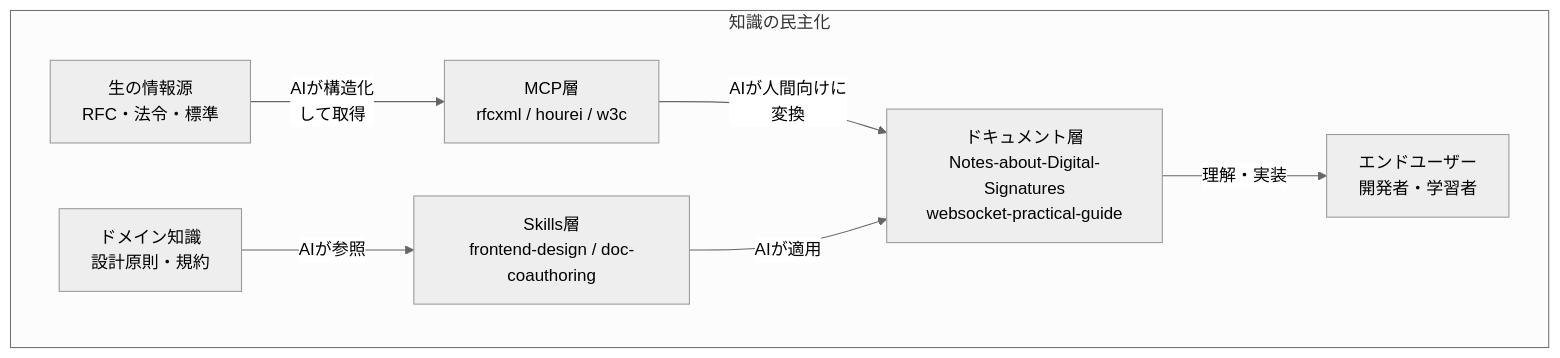
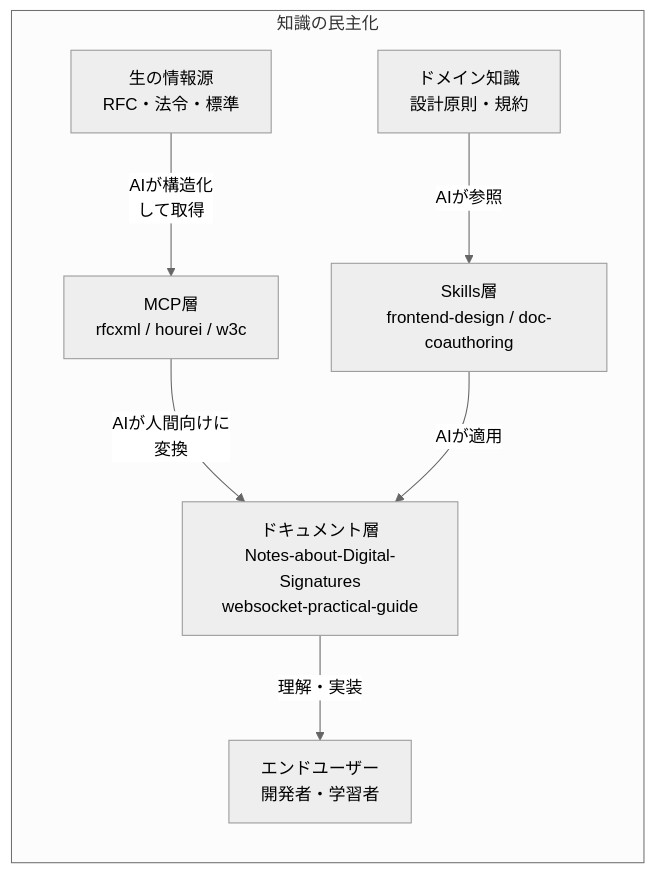
Before and after one commit to shuji-bonji/ai-agent-architecture: the fourth of 4 diagrams in docs/concepts/01-vision.ja.md, drawn with Mermaid (neutral theme). The commit also changed other lines of this file and 13 other files, not shown here.

Commit message:
fix: Mermaidダイアグラム図の改善

````diff
--- a/docs/concepts/01-vision.ja.md
+++ b/docs/concepts/01-vision.ja.md
@@ -187,17 +202,17 @@
 ```mermaid
-graph TB
+graph BT
     subgraph 知識の民主化
         RAW[生の情報源<br/>RFC・法令・標準]
         DOMAIN[ドメイン知識<br/>設計原則・規約]
         MCP[MCP層<br/>rfcxml / hourei / w3c]
         SKILLS[Skills層<br/>frontend-design / doc-coauthoring]
         DOC[ドキュメント層<br/>Notes-about-Digital-Signatures<br/>websocket-practical-guide]
         USER[エンドユーザー<br/>開発者・学習者]
 
         RAW -->|"AIが構造化<br/>して取得"| MCP
         DOMAIN -->|"AIが参照"| SKILLS
         MCP -->|"AIが人間向けに<br/>変換"| DOC
         SKILLS -->|"AIが適用"| DOC
         DOC -->|"理解・実装"| USER
     end
 ```
````
